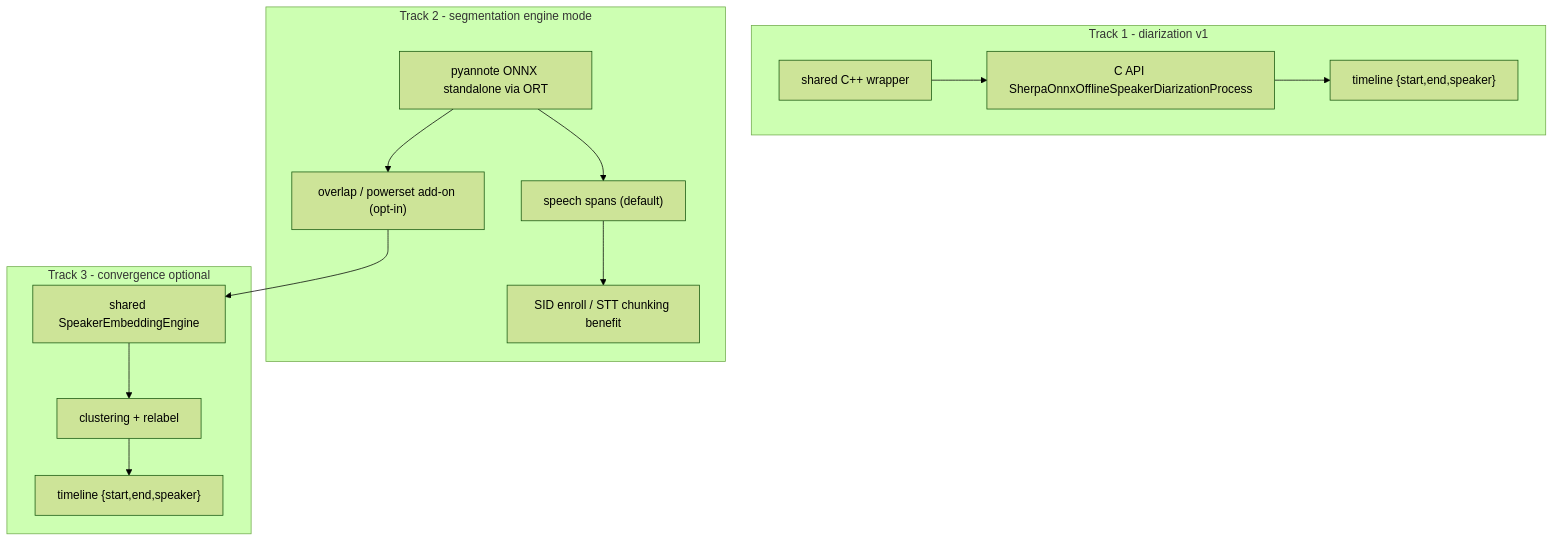
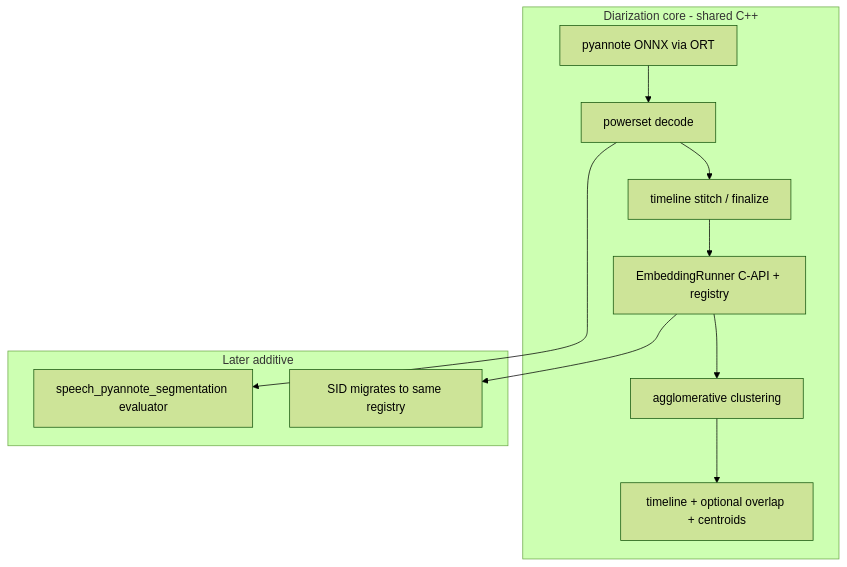
The second of 2 diagrams in docs/internal/speaker-embedding-foundation.md (XDcobra/react-native-sherpa-onnx), drawn with Mermaid (forest theme) before and after one commit. The commit also changed other lines of this file, not shown here.

First line of the commit message:
docs: choose decomposed diarization core over monolith wrapper

````diff
--- a/docs/internal/speaker-embedding-foundation.md
+++ b/docs/internal/speaker-embedding-foundation.md
@@ -375,17 +342,14 @@
 ```mermaid
 flowchart TB
-  subgraph t1 [Track 1 - diarization v1]
-    w["shared C++ wrapper"] --> capi["C API SherpaOnnxOfflineSpeakerDiarizationProcess"]
-    capi --> tl["timeline {start,end,speaker}"]
+  subgraph core [Diarization core - shared C++]
+    py["pyannote ONNX via ORT"] --> pow["powerset decode"]
+    pow --> tl["timeline stitch / finalize"]
+    tl --> emb["EmbeddingRunner C-API + registry"]
+    emb --> clus["agglomerative clustering"]
+    clus --> out["timeline + optional overlap + centroids"]
   end
-  subgraph t2 [Track 2 - segmentation engine mode]
-    py["pyannote ONNX standalone via ORT"] --> spans["speech spans (default)"]
-    py --> addon["overlap / powerset add-on (opt-in)"]
-    spans --> sid["SID enroll / STT chunking benefit"]
-  end
-  subgraph t3 [Track 3 - convergence optional]
-    addon --> emb["shared SpeakerEmbeddingEngine"]
-    emb --> clus["clustering + relabel"]
-    clus --> tl2["timeline {start,end,speaker}"]
+  subgraph later [Later additive]
+    pow --> segMode["speech_pyannote_segmentation evaluator"]
+    emb --> sidShare["SID migrates to same registry"]
   end
 ```
````
